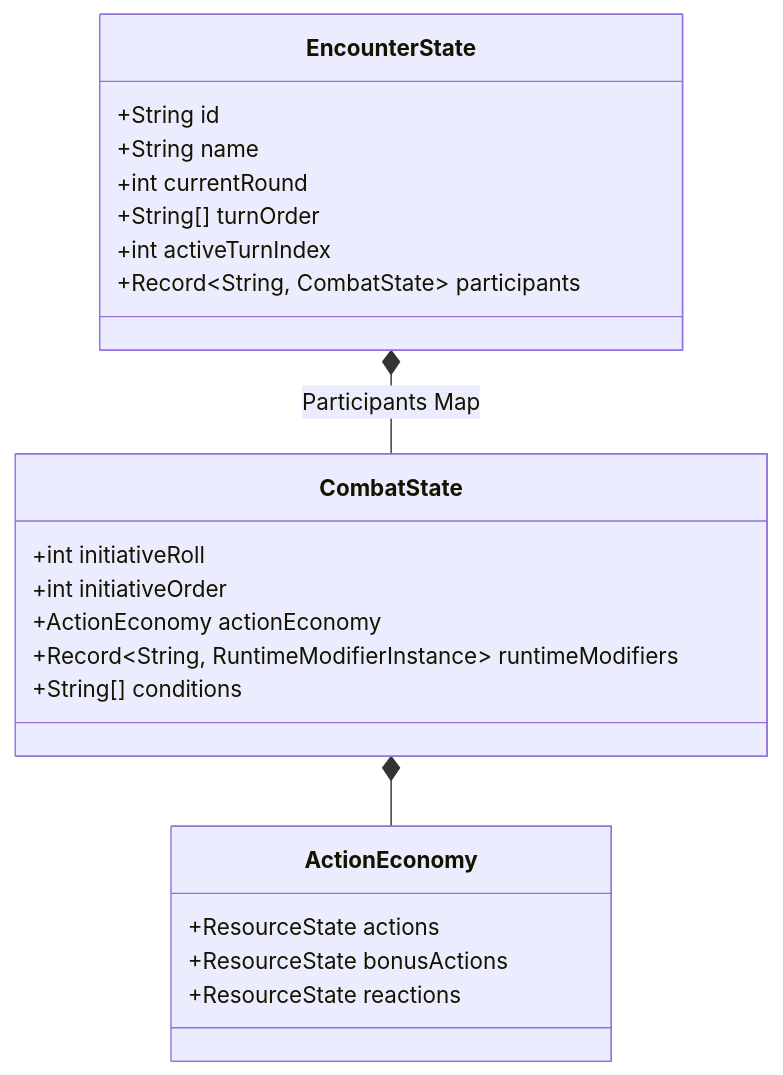
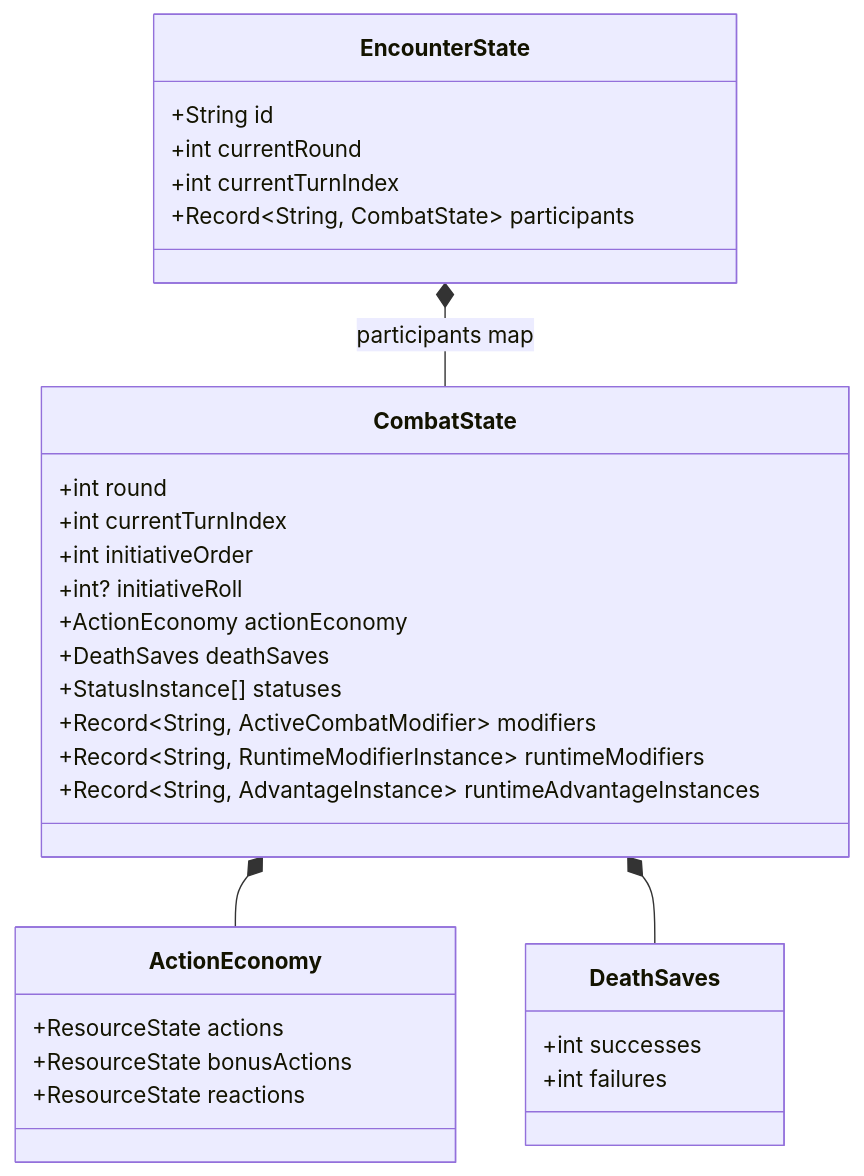
The second of 7 diagrams in docs/domain-model.md (JaredReyes107/DnD-Companion), drawn with Mermaid before and after one commit. The commit also changed other lines of this file and 241 other files, not shown here.

````diff
--- a/docs/domain-model.md
+++ b/docs/domain-model.md
@@ -93,28 +118,37 @@
 ```mermaid
 classDiagram
     class EncounterState {
         +String id
-        +String name
         +int currentRound
-        +String[] turnOrder
-        +int activeTurnIndex
+        +int currentTurnIndex
         +Record~String, CombatState~ participants
     }
 
     class CombatState {
-        +int initiativeRoll
+        +int round
+        +int currentTurnIndex
         +int initiativeOrder
+        +int? initiativeRoll
         +ActionEconomy actionEconomy
+        +DeathSaves deathSaves
+        +StatusInstance[] statuses
+        +Record~String, ActiveCombatModifier~ modifiers
         +Record~String, RuntimeModifierInstance~ runtimeModifiers
-        +String[] conditions
+        +Record~String, AdvantageInstance~ runtimeAdvantageInstances
     }
 
     class ActionEconomy {
         +ResourceState actions
         +ResourceState bonusActions
         +ResourceState reactions
     }
 
-    EncounterState *-- CombatState : Participants Map
+    class DeathSaves {
+        +int successes
+        +int failures
+    }
+
+    EncounterState *-- CombatState : participants map
     CombatState *-- ActionEconomy
+    CombatState *-- DeathSaves
 ```
````
